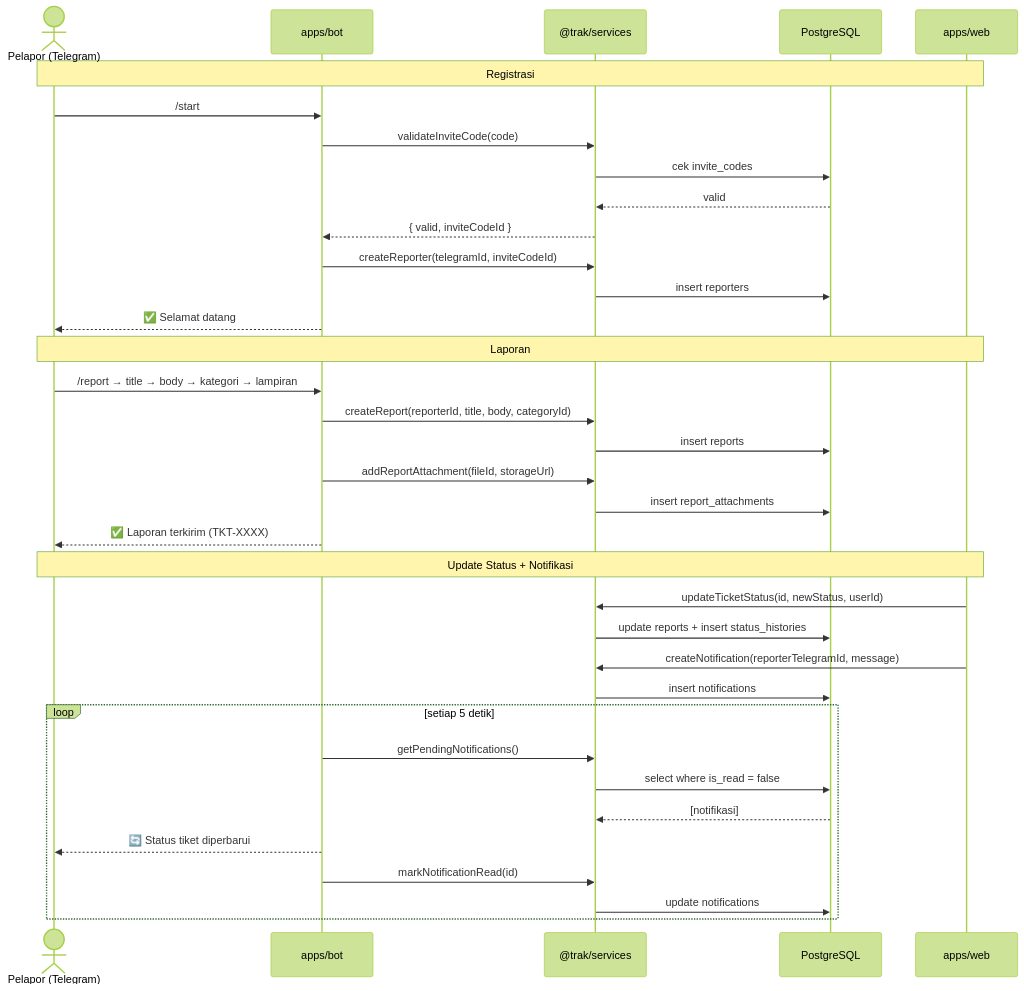
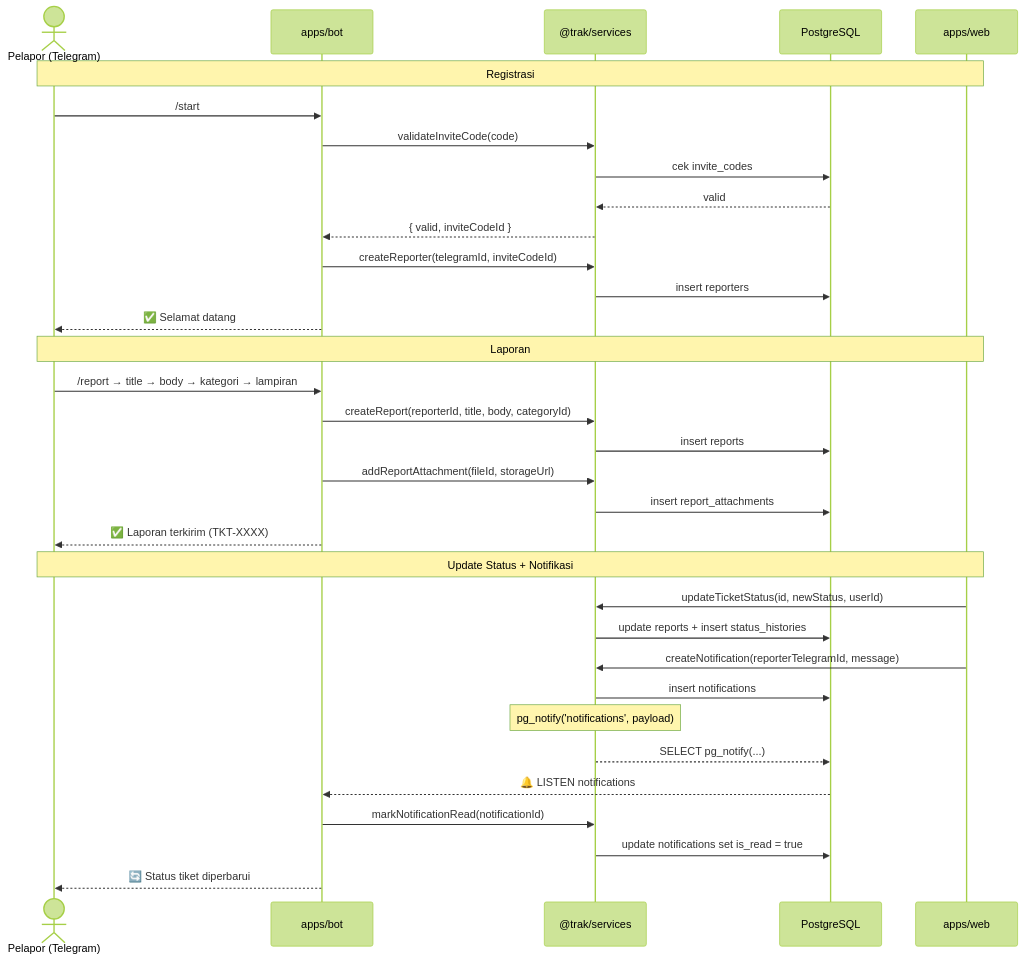
One commit to masmuss/trak changed the second of 2 diagrams in README.md. Above: the diagram before and after it, drawn with Mermaid (forest theme). The commit also changed other lines of this file, not shown here.

Commit message:
docs: update sequence diagram for event-driven notifications (LISTEN/NOTIFY)

````diff
--- a/README.md
+++ b/README.md
@@ -57,40 +59,38 @@
 ```mermaid
 sequenceDiagram
     actor P as Pelapor (Telegram)
     participant B as apps/bot
     participant S as @trak/services
     participant D as PostgreSQL
     participant W as apps/web
 
     Note over P,W: Registrasi
     P->>B: /start
     B->>S: validateInviteCode(code)
     S->>D: cek invite_codes
     D-->>S: valid
     S-->>B: { valid, inviteCodeId }
     B->>S: createReporter(telegramId, inviteCodeId)
     S->>D: insert reporters
     B-->>P: ✅ Selamat datang
 
     Note over P,W: Laporan
     P->>B: /report → title → body → kategori → lampiran
     B->>S: createReport(reporterId, title, body, categoryId)
     S->>D: insert reports
     B->>S: addReportAttachment(fileId, storageUrl)
     S->>D: insert report_attachments
     B-->>P: ✅ Laporan terkirim (TKT-XXXX)
 
     Note over P,W: Update Status + Notifikasi
     W->>S: updateTicketStatus(id, newStatus, userId)
     S->>D: update reports + insert status_histories
     W->>S: createNotification(reporterTelegramId, message)
     S->>D: insert notifications
-    loop setiap 5 detik
-      B->>S: getPendingNotifications()
-      S->>D: select where is_read = false
-      D-->>S: [notifikasi]
-      B-->>P: 🔄 Status tiket diperbarui
-      B->>S: markNotificationRead(id)
-      S->>D: update notifications
-    end
+    Note over S: pg_notify('notifications', payload)
+    S-->>D: SELECT pg_notify(...)
+    D-->>B: 🔔 LISTEN notifications
+    B->>S: markNotificationRead(notificationId)
+    S->>D: update notifications set is_read = true
+    B-->>P: 🔄 Status tiket diperbarui
 ```
````
